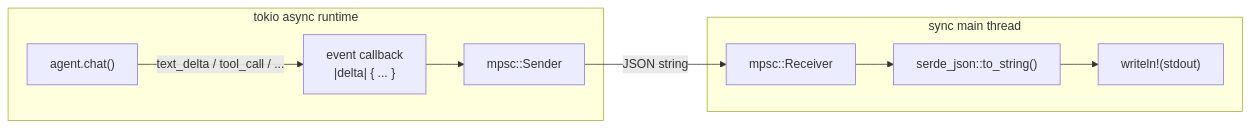
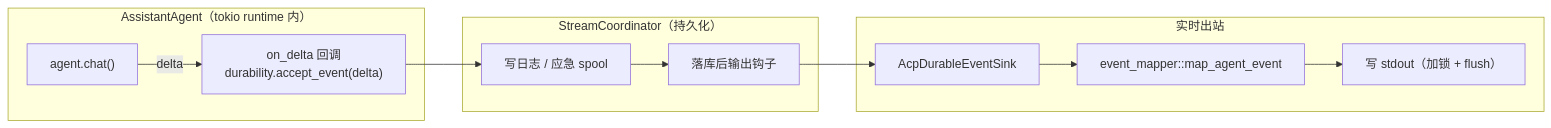
Before and after one commit to shiwenwen/hope-agent: the eighth of 10 diagrams in docs/architecture/acp.md, drawn with Mermaid. The commit also changed other lines of this file and 11 other files, not shown here.

````diff
--- a/docs/architecture/acp.md
+++ b/docs/architecture/acp.md
@@ -322,21 +346,18 @@
 ```mermaid
 graph LR
-    subgraph "tokio async runtime"
+    subgraph AGENT["AssistantAgent（tokio runtime 内）"]
         CHAT["agent.chat()"]
-        CALLBACK["event callback<br/>|delta| { ... }"]
-        TX["mpsc::Sender"]
+        CB["on_delta 回调<br/>durability.accept_event(delta)"]
+    end
+    subgraph DURA["StreamCoordinator（持久化）"]
+        JOURNAL["写日志 / 应急 spool"]
+        HOOK["落库后输出钩子"]
+    end
+    subgraph OUT["实时出站"]
+        SINK["AcpDurableEventSink"]
+        MAP["event_mapper::map_agent_event"]
+        STDOUT["写 stdout（加锁 + flush）"]
     end
 
-    subgraph "sync main thread"
-        RX["mpsc::Receiver"]
-        FORMAT["serde_json::to_string()"]
-        WRITE["writeln!(stdout)"]
-    end
-
-    CHAT -- "text_delta / tool_call / ..." --> CALLBACK
-    CALLBACK --> TX
-    TX -- "JSON string" --> RX
-    RX --> FORMAT
-    FORMAT --> WRITE
-
+    CHAT -- delta --> CB --> JOURNAL --> HOOK --> SINK --> MAP --> STDOUT
 ```
````
